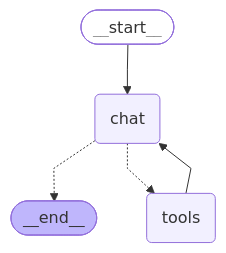
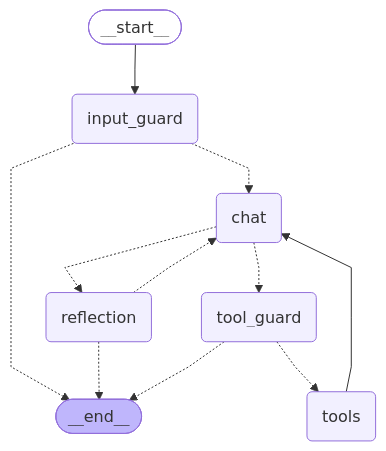
Before and after one commit to LongQz/LumenPilot: the diagram in docs/generated/langgraph-agent.md, drawn with Mermaid. The commit also changed 13 other files, not shown here.

````diff
--- a/docs/generated/langgraph-agent.md
+++ b/docs/generated/langgraph-agent.md
@@ -5,20 +5,29 @@
 ```mermaid
 ---
 config:
   flowchart:
     curve: linear
 ---
 graph TD;
 	__start__([<p>__start__</p>]):::first
+	input_guard(input_guard)
 	chat(chat)
+	tool_guard(tool_guard)
 	tools(tools)
+	reflection(reflection)
 	__end__([<p>__end__</p>]):::last
-	__start__ --> chat;
-	chat -.-> __end__;
-	chat -.-> tools;
+	__start__ --> input_guard;
+	chat -.-> reflection;
+	chat -.-> tool_guard;
+	input_guard -.-> __end__;
+	input_guard -.-> chat;
+	reflection -.-> __end__;
+	reflection -.-> chat;
+	tool_guard -.-> __end__;
+	tool_guard -.-> tools;
 	tools --> chat;
 	classDef default fill:#f2f0ff,line-height:1.2
 	classDef first fill-opacity:0
 	classDef last fill:#bfb6fc
 
 ```
````
